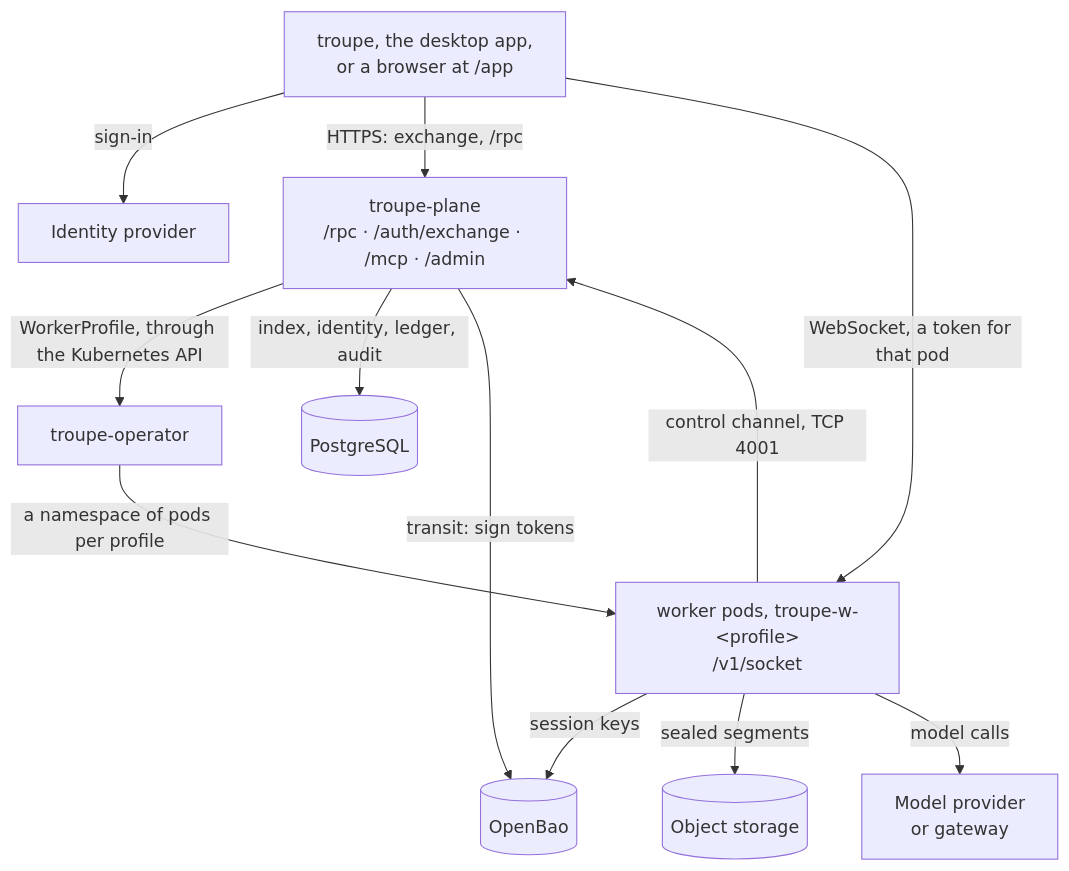
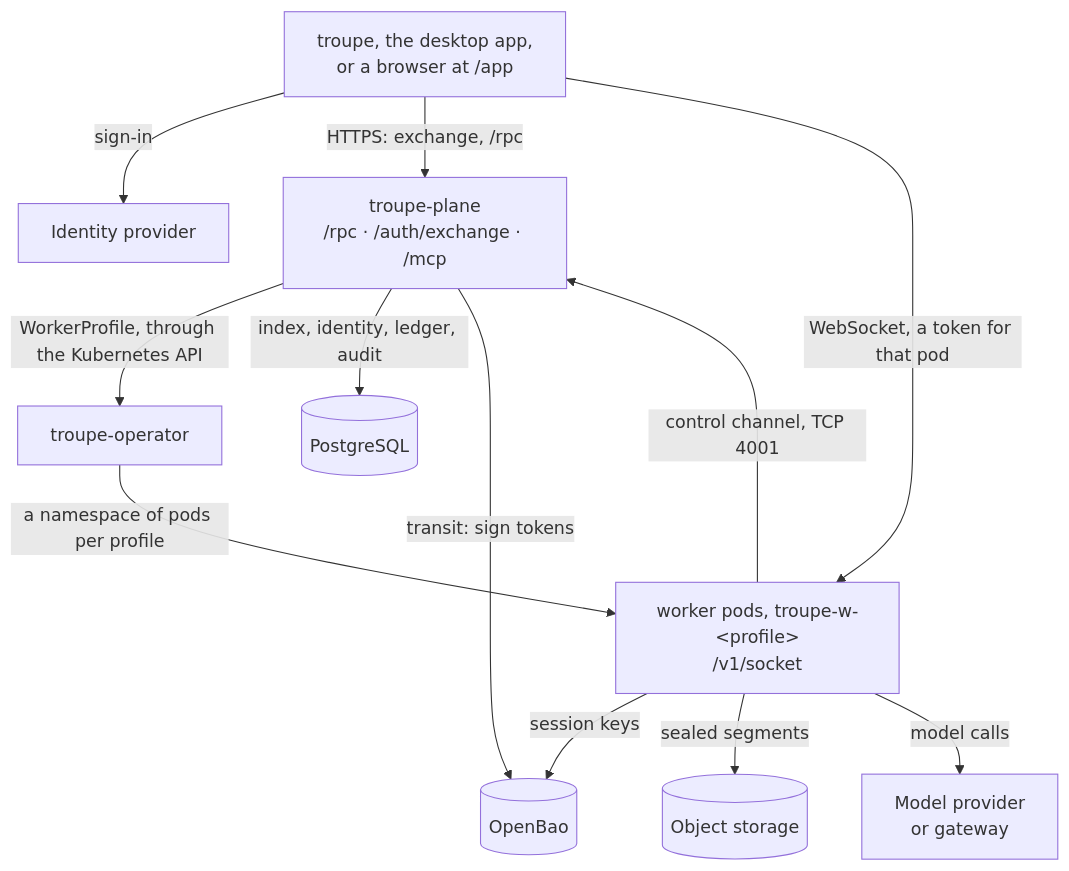
The first of 2 diagrams in docs/developer/architecture-remote.md (it-minds/troupe), drawn with Mermaid before and after one commit. The commit also changed other lines of this file and 101 other files, not shown here.

````diff
--- a/docs/developer/architecture-remote.md
+++ b/docs/developer/architecture-remote.md
@@ -15,24 +15,24 @@
 ```mermaid
 flowchart TB
   client["troupe, the desktop app,<br/>or a browser at /app"]
   idp["Identity provider"]
-  plane["troupe-plane<br/>/rpc · /auth/exchange · /mcp · /admin"]
+  plane["troupe-plane<br/>/rpc · /auth/exchange · /mcp"]
   op["troupe-operator"]
   pod["worker pods, troupe-w-&lt;profile&gt;<br/>/v1/socket"]
   pg[("PostgreSQL")]
   bao[("OpenBao")]
   s3[("Object storage")]
   model["Model provider<br/>or gateway"]
 
   client -- "sign-in" --> idp
   client -- "HTTPS: exchange, /rpc" --> plane
   client -- "WebSocket, a token for that pod" --> pod
   pod -- "control channel, TCP 4001" --> plane
   plane -- "WorkerProfile, through the Kubernetes API" --> op
   op -- "a namespace of pods per profile" --> pod
   plane -- "index, identity, ledger, audit" --> pg
   plane -- "transit: sign tokens" --> bao
   pod -- "session keys" --> bao
   pod -- "sealed segments" --> s3
   pod -- "model calls" --> model
 ```
````
